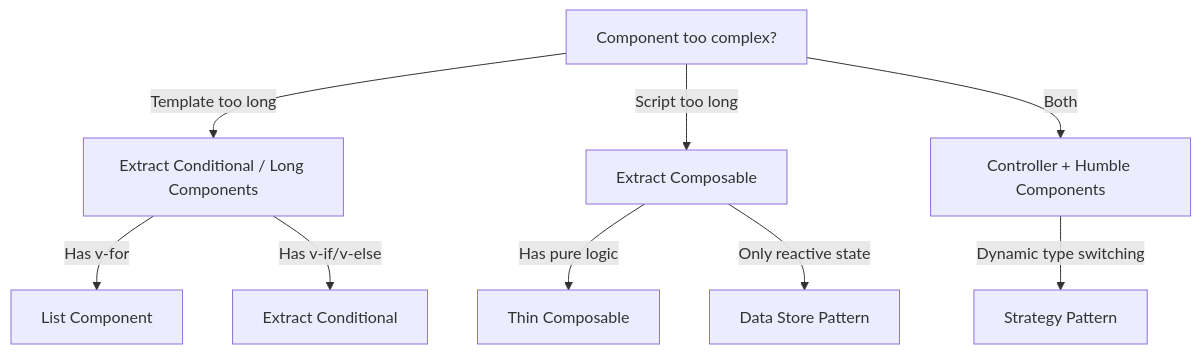
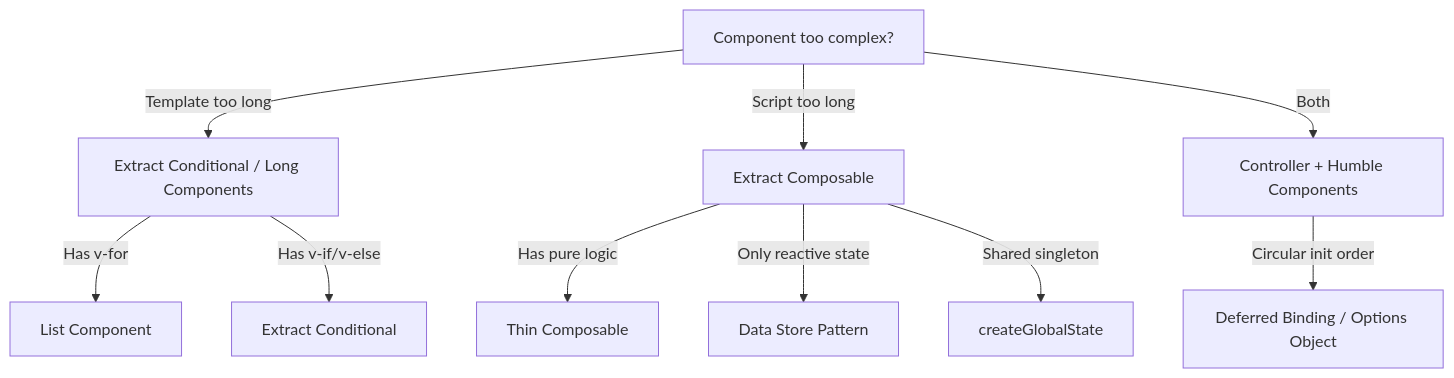
Before and after one commit to alexanderop/excalidrawNuxt: the diagram in docs/vue-design-patterns.md, drawn with Mermaid. The commit also changed other lines of this file and 74 other files, not shown here.

````diff
--- a/docs/vue-design-patterns.md
+++ b/docs/vue-design-patterns.md
@@ -157,11 +157,12 @@
 ```mermaid
 flowchart TD
     A[Component too complex?] -->|Template too long| B[Extract Conditional / Long Components]
     A -->|Script too long| C[Extract Composable]
     A -->|Both| D[Controller + Humble Components]
     C -->|Has pure logic| E[Thin Composable]
     C -->|Only reactive state| F[Data Store Pattern]
+    C -->|Shared singleton| G2[createGlobalState]
     B -->|Has v-for| G[List Component]
     B -->|Has v-if/v-else| H[Extract Conditional]
-    D -->|Dynamic type switching| I[Strategy Pattern]
+    D -->|Circular init order| I2[Deferred Binding / Options Object]
 ```
````
